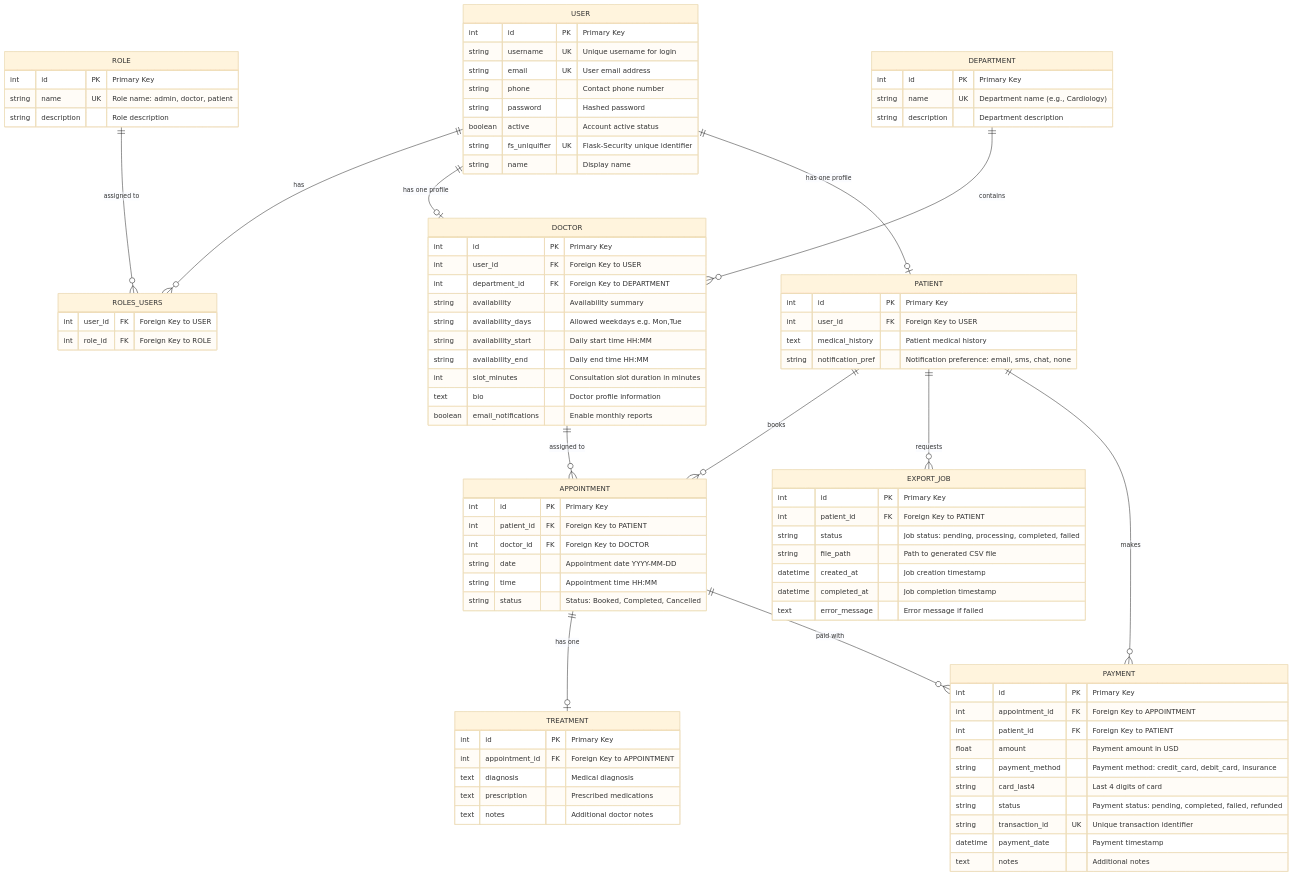
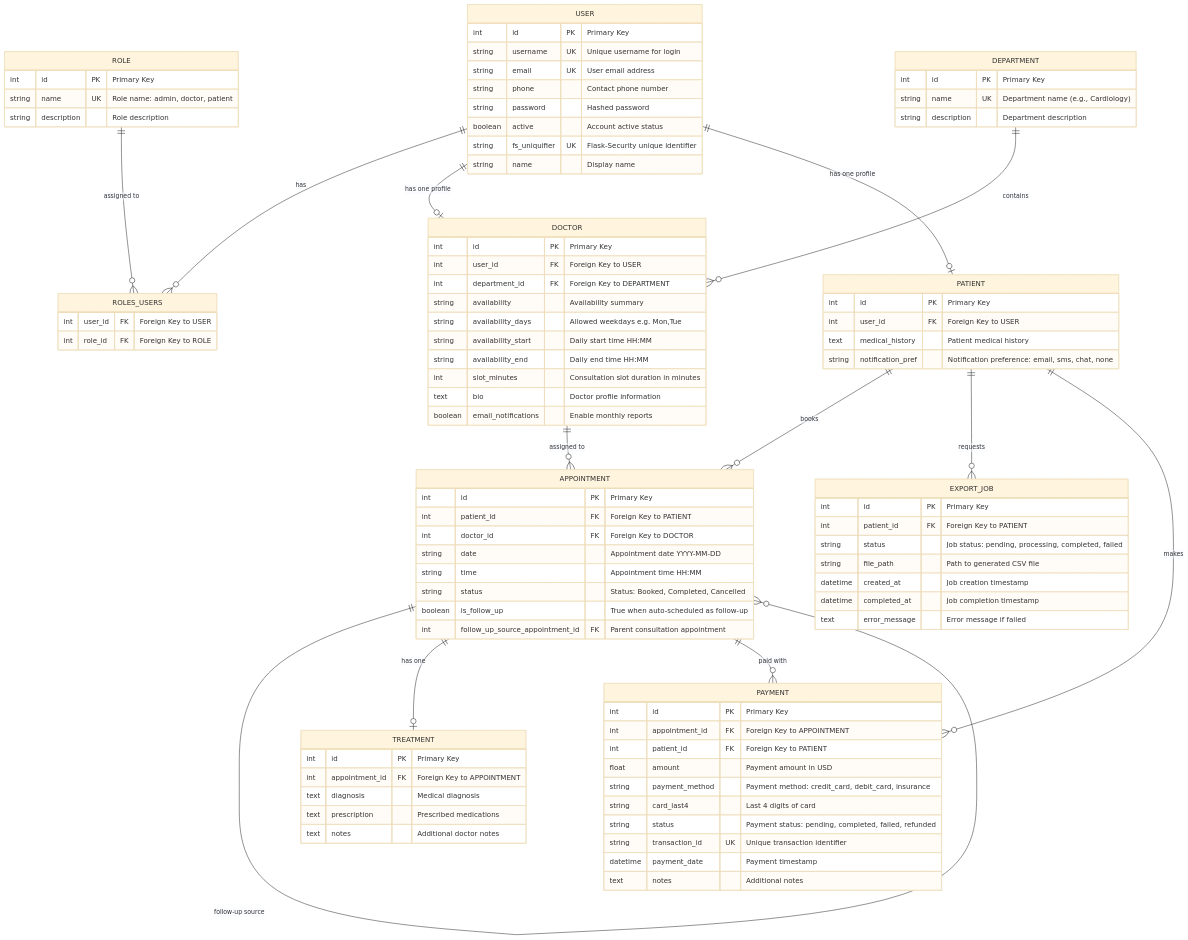
Before and after one commit to 990aa/hospital-operations-system: the diagram in er_diagram.mmd, drawn with Mermaid (base theme). The commit also changed 1 other file, not shown here.

Commit message:
add follow up scheduling workdlow ; harden consurrent booking conflicts; fix csv export row data; add plotly dashboard graphs; update reminders and follow up views; update erd and regenerate png; add stress and consurrency tests; restructure and update report

```diff
--- a/er_diagram.mmd
+++ b/er_diagram.mmd
@@ -1,107 +1,110 @@
 erDiagram
     %% Hospital Management System - Entity Relationship Diagram
     %% Database Schema for Patient, Doctor, Admin, Appointments and Treatments
     
     USER ||--o{ ROLES_USERS : "has"
     ROLE ||--o{ ROLES_USERS : "assigned to"
     USER ||--o| DOCTOR : "has one profile"
     USER ||--o| PATIENT : "has one profile"
     
     DEPARTMENT ||--o{ DOCTOR : "contains"
     
     PATIENT ||--o{ APPOINTMENT : "books"
     DOCTOR ||--o{ APPOINTMENT : "assigned to"
+    APPOINTMENT ||--o{ APPOINTMENT : "follow-up source"
     
     APPOINTMENT ||--o| TREATMENT : "has one"
     APPOINTMENT ||--o{ PAYMENT : "paid with"
     
     PATIENT ||--o{ EXPORT_JOB : "requests"
     PATIENT ||--o{ PAYMENT : "makes"
     
     USER {
         int id PK "Primary Key"
         string username UK "Unique username for login"
         string email UK "User email address"
         string phone "Contact phone number"
         string password "Hashed password"
         boolean active "Account active status"
         string fs_uniquifier UK "Flask-Security unique identifier"
         string name "Display name"
     }
     
     ROLE {
         int id PK "Primary Key"
         string name UK "Role name: admin, doctor, patient"
         string description "Role description"
     }
     
     ROLES_USERS {
         int user_id FK "Foreign Key to USER"
         int role_id FK "Foreign Key to ROLE"
     }
     
     DEPARTMENT {
         int id PK "Primary Key"
         string name UK "Department name (e.g., Cardiology)"
         string description "Department description"
     }
     
     DOCTOR {
         int id PK "Primary Key"
         int user_id FK "Foreign Key to USER"
         int department_id FK "Foreign Key to DEPARTMENT"
         string availability "Availability summary"
         string availability_days "Allowed weekdays e.g. Mon,Tue"
         string availability_start "Daily start time HH:MM"
         string availability_end "Daily end time HH:MM"
         int slot_minutes "Consultation slot duration in minutes"
         text bio "Doctor profile information"
         boolean email_notifications "Enable monthly reports"
     }
     
     PATIENT {
         int id PK "Primary Key"
         int user_id FK "Foreign Key to USER"
         text medical_history "Patient medical history"
         string notification_pref "Notification preference: email, sms, chat, none"
     }
     
     APPOINTMENT {
         int id PK "Primary Key"
         int patient_id FK "Foreign Key to PATIENT"
         int doctor_id FK "Foreign Key to DOCTOR"
         string date "Appointment date YYYY-MM-DD"
         string time "Appointment time HH:MM"
         string status "Status: Booked, Completed, Cancelled"
+        boolean is_follow_up "True when auto-scheduled as follow-up"
+        int follow_up_source_appointment_id FK "Parent consultation appointment"
     }
     
     TREATMENT {
         int id PK "Primary Key"
         int appointment_id FK "Foreign Key to APPOINTMENT"
         text diagnosis "Medical diagnosis"
         text prescription "Prescribed medications"
         text notes "Additional doctor notes"
     }
     
     EXPORT_JOB {
         int id PK "Primary Key"
         int patient_id FK "Foreign Key to PATIENT"
         string status "Job status: pending, processing, completed, failed"
         string file_path "Path to generated CSV file"
         datetime created_at "Job creation timestamp"
         datetime completed_at "Job completion timestamp"
         text error_message "Error message if failed"
     }
     
     PAYMENT {
         int id PK "Primary Key"
         int appointment_id FK "Foreign Key to APPOINTMENT"
         int patient_id FK "Foreign Key to PATIENT"
         float amount "Payment amount in USD"
         string payment_method "Payment method: credit_card, debit_card, insurance"
         string card_last4 "Last 4 digits of card"
         string status "Payment status: pending, completed, failed, refunded"
         string transaction_id UK "Unique transaction identifier"
         datetime payment_date "Payment timestamp"
         text notes "Additional notes"
     }
```
